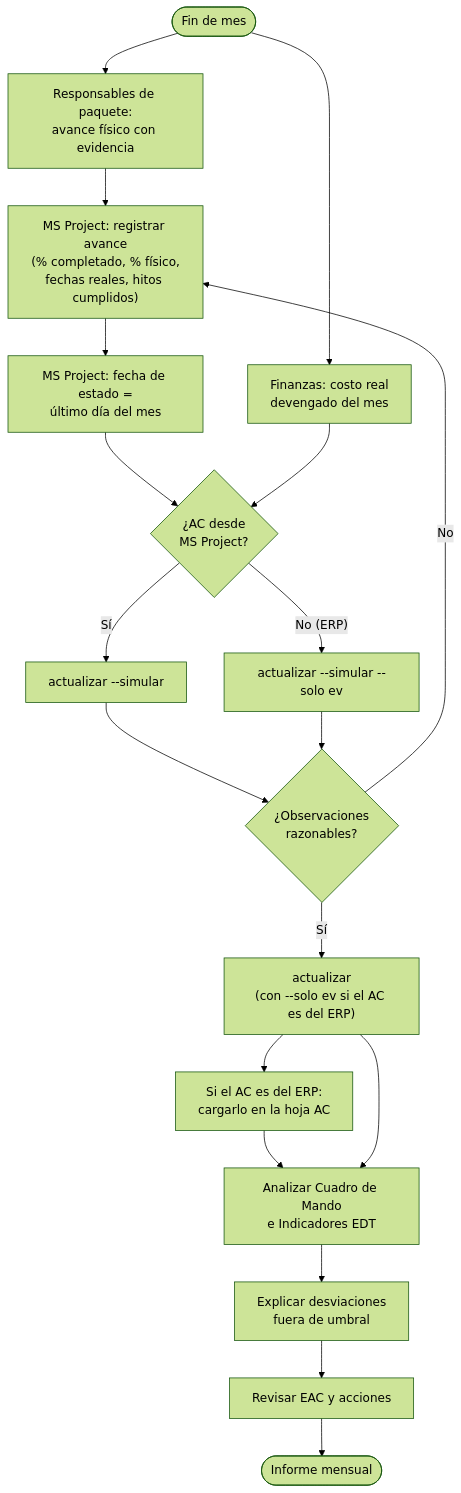
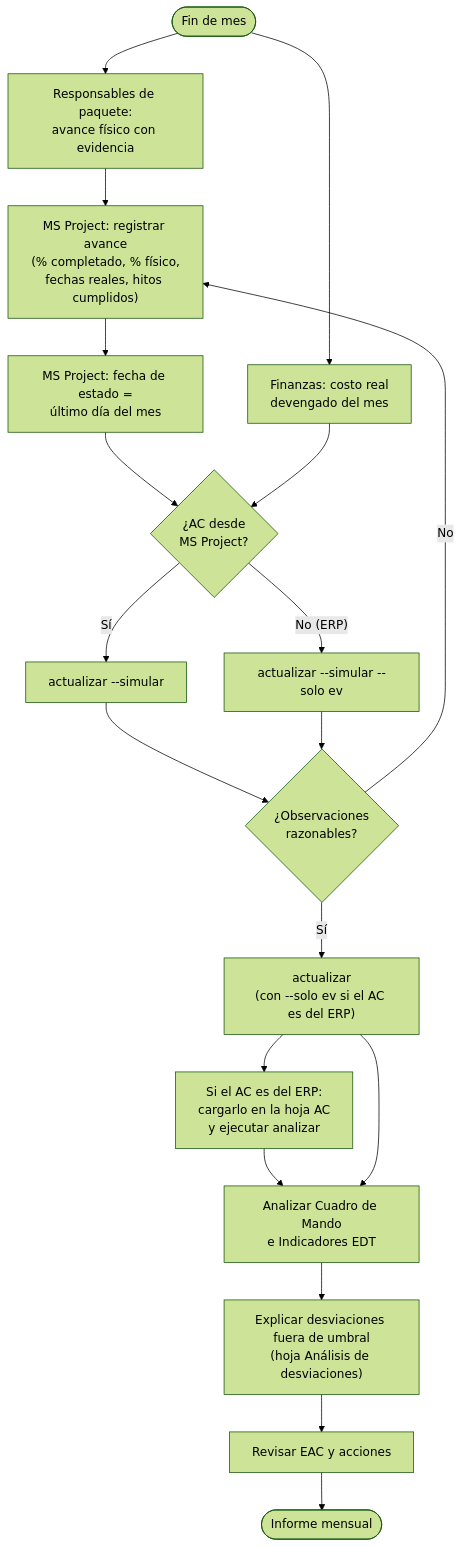
The second of 4 diagrams in docs/proceso-reporte-evm.md (MarceloSalazar/evm-automation), drawn with Mermaid (forest theme) before and after one commit. The commit also changed other lines of this file and 35 other files, not shown here.

First line of the commit message:
Análisis de desviaciones, semáforo con umbrales superiores y comando analizar (versión 1.5.0) (#12)

````diff
--- a/docs/proceso-reporte-evm.md
+++ b/docs/proceso-reporte-evm.md
@@ -95,21 +95,21 @@
 ```mermaid
 flowchart TD
     S(["Fin de mes"]) --> R1["Responsables de paquete:<br/>avance físico con evidencia"]
     S --> R2["Finanzas: costo real<br/>devengado del mes"]
     R1 --> P1["MS Project: registrar avance<br/>(% completado, % físico,<br/>fechas reales, hitos cumplidos)"]
     P1 --> P2["MS Project: fecha de estado =<br/>último día del mes"]
     P2 --> Q{"¿AC desde<br/>MS Project?"}
     R2 --> Q
     Q -- "Sí" --> U1["actualizar --simular"]
     Q -- "No (ERP)" --> U2["actualizar --simular --solo ev"]
     U1 --> V{"¿Observaciones<br/>razonables?"}
     U2 --> V
     V -- "No" --> P1
     V -- "Sí" --> U3["actualizar<br/>(con --solo ev si el AC es del ERP)"]
-    U3 --> AC2["Si el AC es del ERP:<br/>cargarlo en la hoja AC"]
+    U3 --> AC2["Si el AC es del ERP:<br/>cargarlo en la hoja AC<br/>y ejecutar analizar"]
     AC2 --> AN["Analizar Cuadro de Mando<br/>e Indicadores EDT"]
     U3 --> AN
-    AN --> X["Explicar desviaciones<br/>fuera de umbral"]
+    AN --> X["Explicar desviaciones fuera de umbral<br/>(hoja Análisis de desviaciones)"]
     X --> EAC["Revisar EAC y acciones"]
     EAC --> INF(["Informe mensual"])
 ```
````
